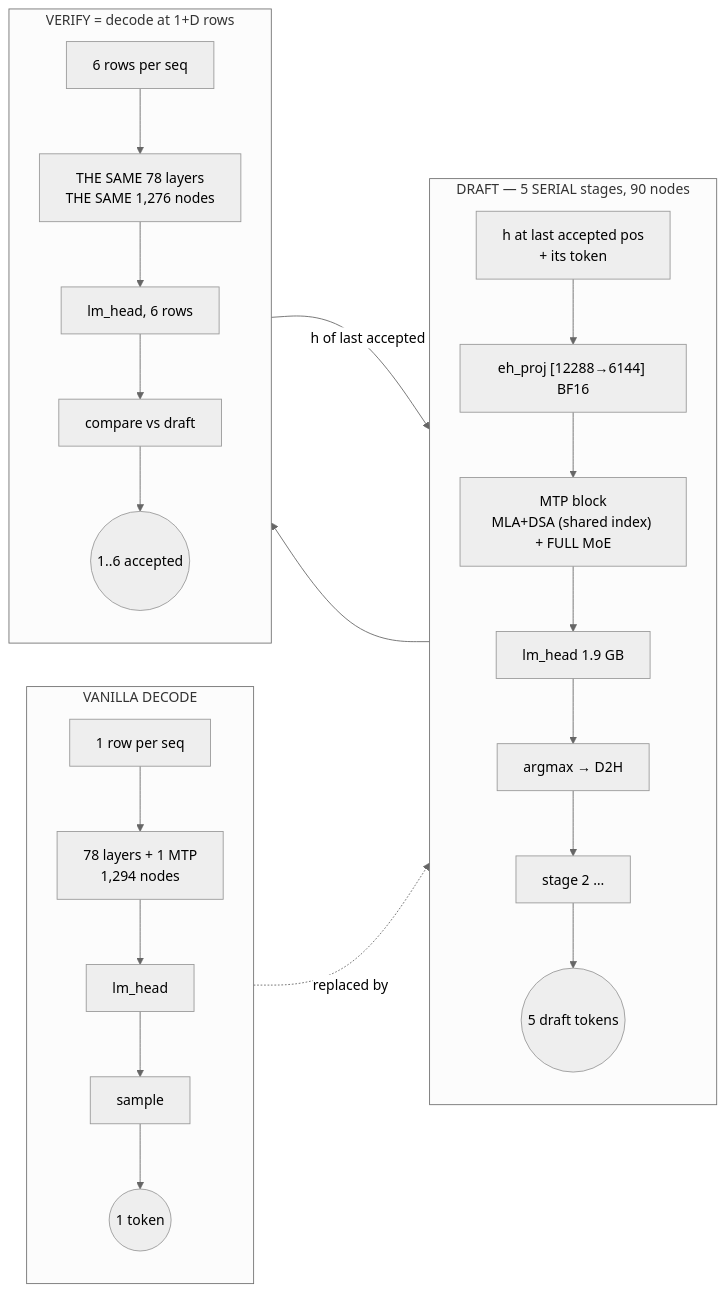
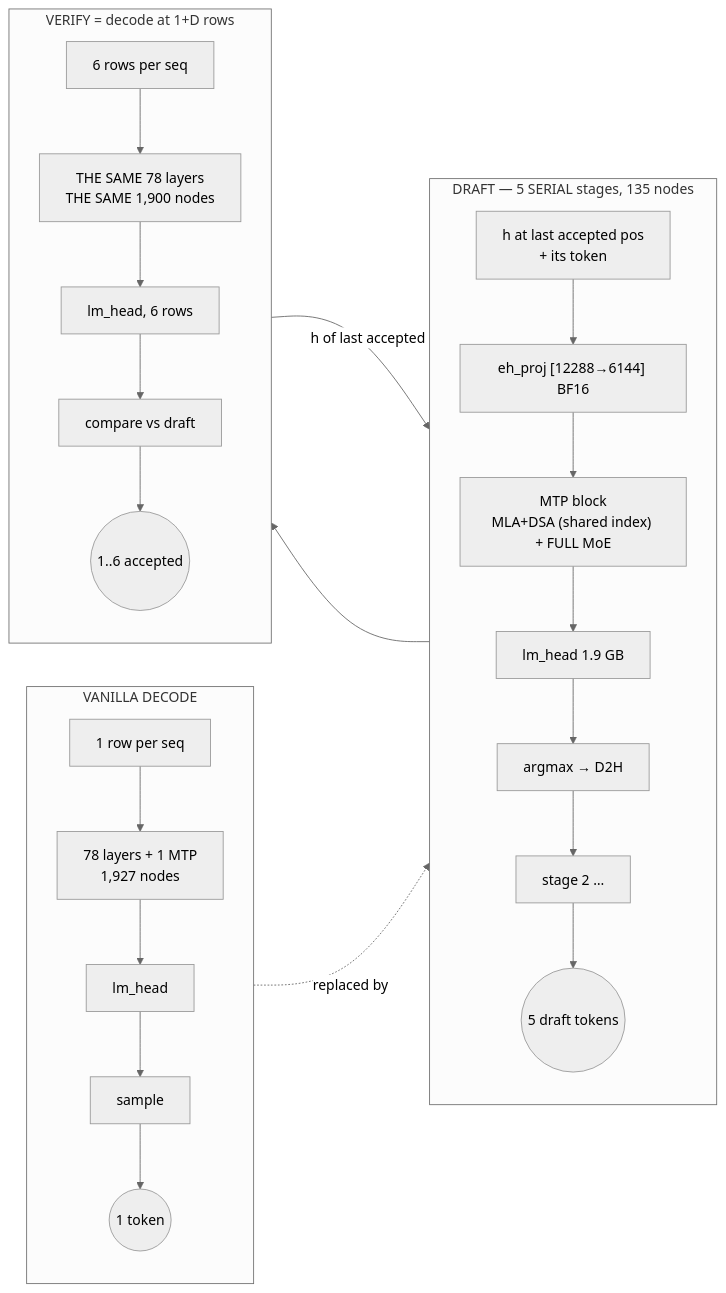
One commit to GitM-Labs/runtime changed the second of 3 diagrams in docs/glm-5.2/DESIGN-NOTE.md. Above: the diagram before and after it, drawn with Mermaid. The commit also changed other lines of this file and 2 other files, not shown here.

````diff
--- a/docs/glm-5.2/DESIGN-NOTE.md
+++ b/docs/glm-5.2/DESIGN-NOTE.md
@@ -333,25 +333,25 @@
 ```mermaid
 %%{init: {'theme':'neutral'}}%%
 flowchart LR
   subgraph V["VANILLA DECODE"]
     direction TB
-    v1["1 row per seq"] --> v2["78 layers + 1 MTP<br/>1,294 nodes"] --> v3["lm_head"] --> v4["sample"]
+    v1["1 row per seq"] --> v2["78 layers + 1 MTP<br/>1,927 nodes"] --> v3["lm_head"] --> v4["sample"]
     v4 --> v5(("1 token"))
   end
-  subgraph D["DRAFT — 5 SERIAL stages, 90 nodes"]
+  subgraph D["DRAFT — 5 SERIAL stages, 135 nodes"]
     direction TB
     d0["h at last accepted pos<br/>+ its token"] --> eh["eh_proj [12288→6144] BF16"]
     eh --> d1["MTP block<br/>MLA+DSA (shared index) + FULL MoE"]
     d1 --> dl1["lm_head 1.9 GB"] --> ds1["argmax → D2H"] --> d2["stage 2 …"]
     d2 --> dt(("5 draft tokens"))
   end
   subgraph W["VERIFY = decode at 1+D rows"]
     direction TB
-    w1["6 rows per seq"] --> w2["THE SAME 78 layers<br/>THE SAME 1,276 nodes"]
+    w1["6 rows per seq"] --> w2["THE SAME 78 layers<br/>THE SAME 1,900 nodes"]
     w2 --> w3["lm_head, 6 rows"] --> w4["compare vs draft"]
     w4 --> w5(("1..6 accepted"))
   end
   v5 -.->|replaced by| dt
   dt --> w1
   w5 -->|"h of last accepted"| d0
 ```
````
